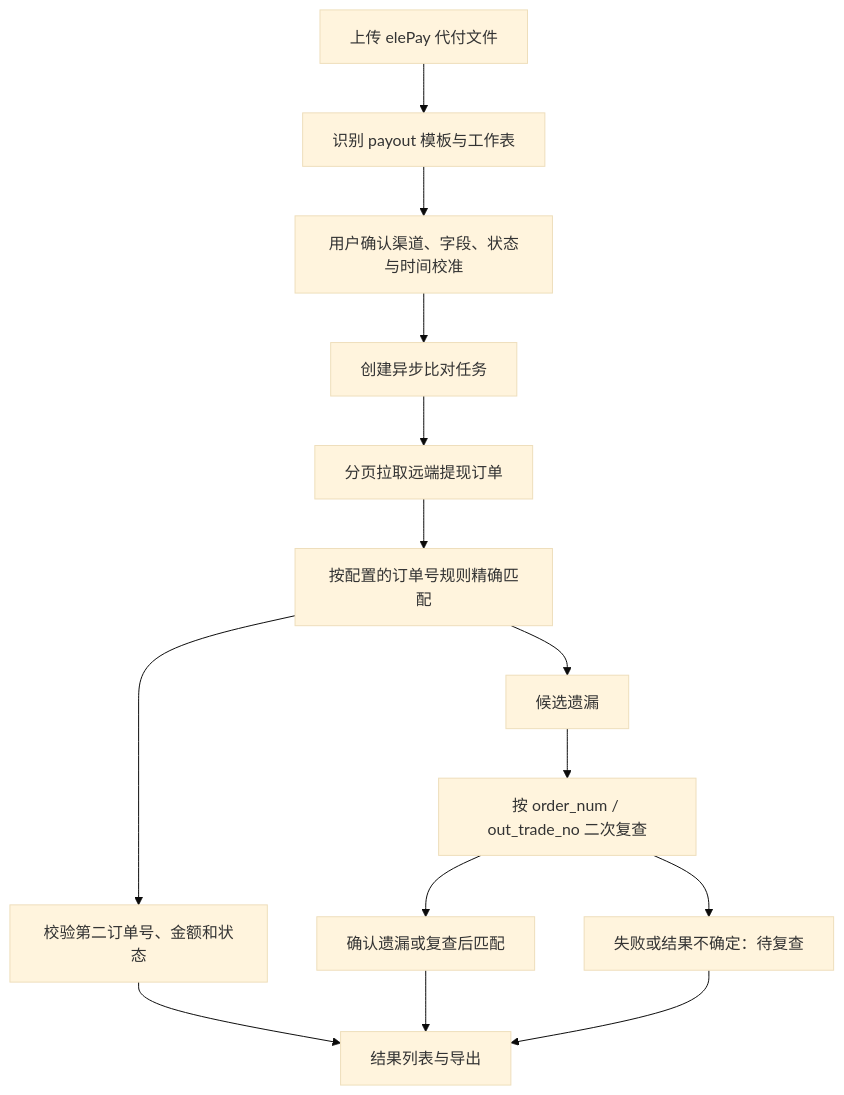
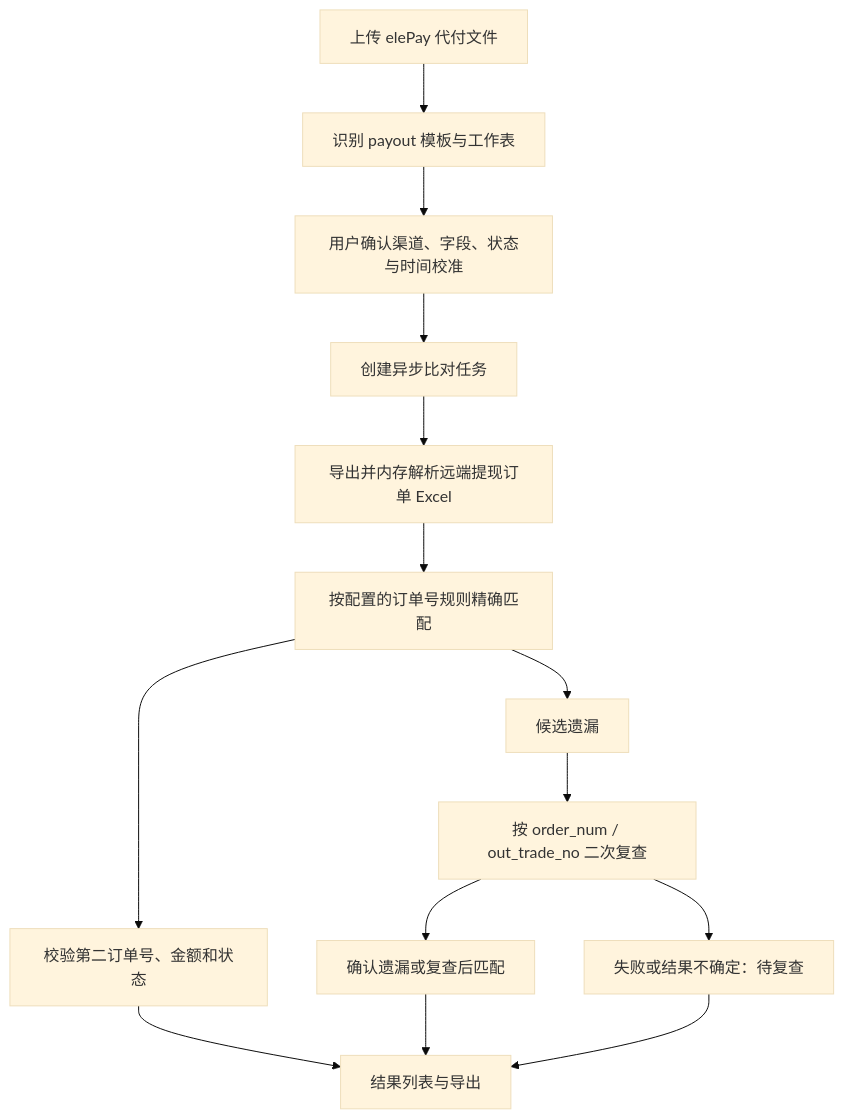
The diagram in docs/05-withdraw-order-missing-reconciliation.md (tinhaw/raj_data_handle), drawn with Mermaid (base theme) before and after one commit. The commit also changed other lines of this file and 24 other files, not shown here.

````diff
--- a/docs/05-withdraw-order-missing-reconciliation.md
+++ b/docs/05-withdraw-order-missing-reconciliation.md
@@ -182,16 +185,16 @@
 ```mermaid
 flowchart TD
     U["上传 elePay 代付文件"] --> T["识别 payout 模板与工作表"]
     T --> C["用户确认渠道、字段、状态与时间校准"]
     C --> J["创建异步比对任务"]
-    J --> F["分页拉取远端提现订单"]
+    J --> F["导出并内存解析远端提现订单 Excel"]
     F --> M["按配置的订单号规则精确匹配"]
     M --> V["校验第二订单号、金额和状态"]
     M --> X["候选遗漏"]
     X --> R["按 order_num / out_trade_no 二次复查"]
     R --> O["确认遗漏或复查后匹配"]
     R --> Q["失败或结果不确定：待复查"]
     V --> E["结果列表与导出"]
     O --> E
     Q --> E
 ```
````
